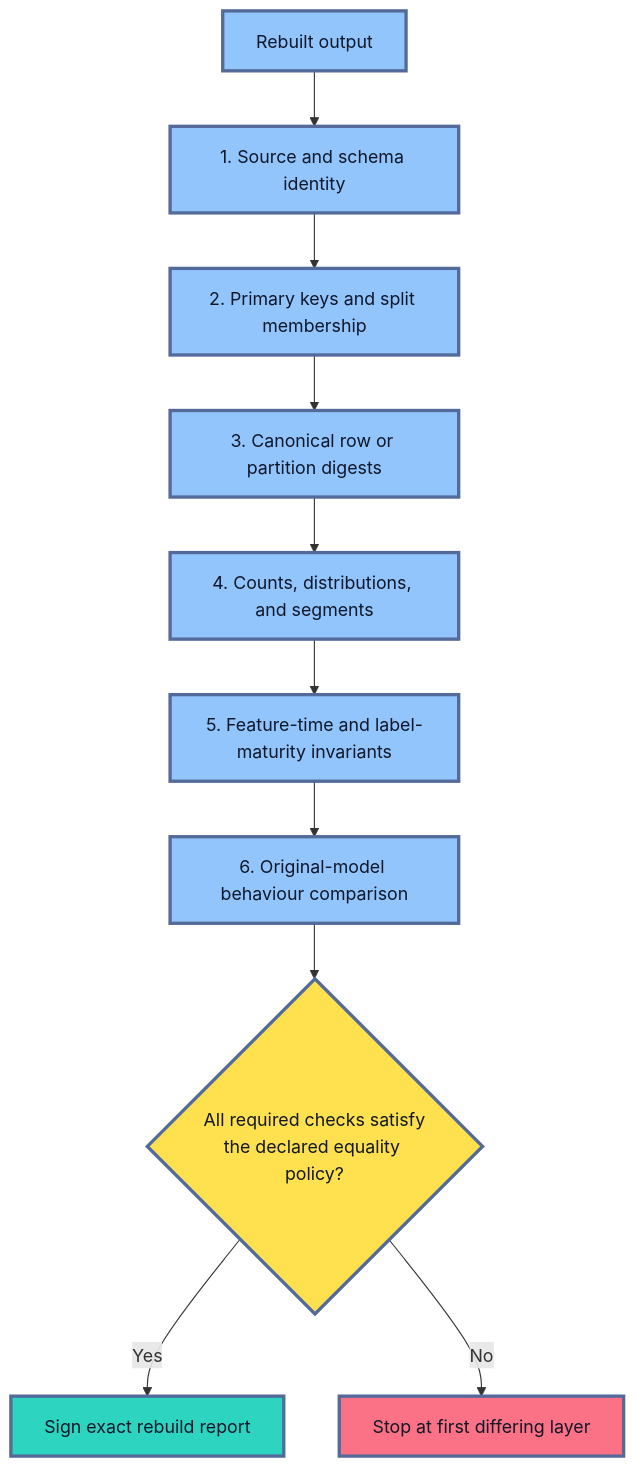
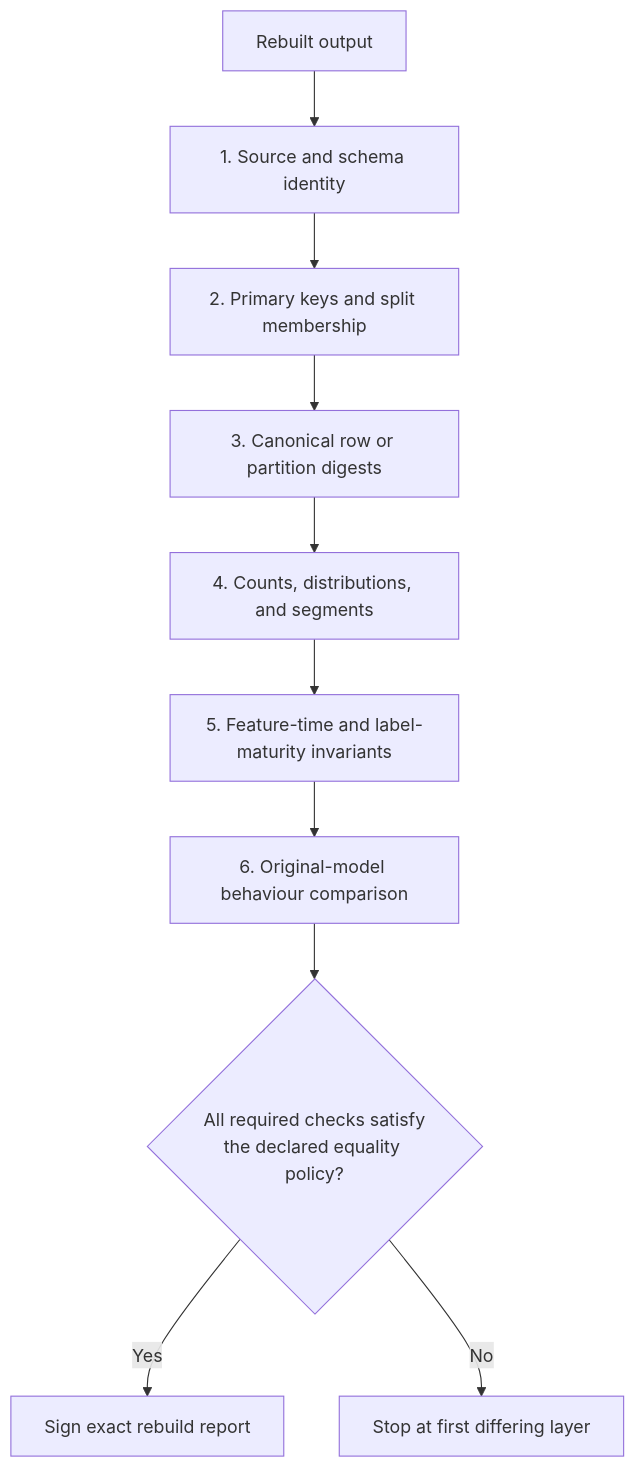
Before and after one commit to senlinyy/dev-roadmaps: the fifth of 6 diagrams in roadmaps/mlops/modules/data-for-ml-systems/data-pipelines/03-rebuilding-past-datasets.md, drawn with Mermaid. The commit also changed other lines of this file and 152 other files, not shown here.

Commit message:
feat: mlops and diagrams updated

````diff
--- a/roadmaps/mlops/modules/data-for-ml-systems/data-pipelines/03-rebuilding-past-datasets.md
+++ b/roadmaps/mlops/modules/data-for-ml-systems/data-pipelines/03-rebuilding-past-datasets.md
@@ -439,21 +424,17 @@
 ```mermaid
 flowchart TD
     A["Rebuilt output"] --> B["1. Source and schema identity"]
     B --> C["2. Primary keys and split membership"]
     C --> D["3. Canonical row or partition digests"]
     D --> E["4. Counts, distributions, and segments"]
     E --> F["5. Feature-time and label-maturity invariants"]
     F --> G["6. Original-model behaviour comparison"]
     G --> H{"All required checks satisfy<br/>the declared equality policy?"}
     H -- "Yes" --> I["Sign exact rebuild report"]
     H -- "No" --> J["Stop at first differing layer"]
 
-    classDef check fill:#93C5FD,stroke:#536A9A,stroke-width:3px,color:#0F172A
-    classDef gate fill:#FFE04F,stroke:#536A9A,stroke-width:3px,color:#111827
-    classDef pass fill:#2DD4BF,stroke:#536A9A,stroke-width:3px,color:#0F172A
-    classDef fail fill:#FB7185,stroke:#536A9A,stroke-width:3px,color:#111827
     class A,B,C,D,E,F,G check
     class H gate
     class I pass
     class J fail
 ```
````
